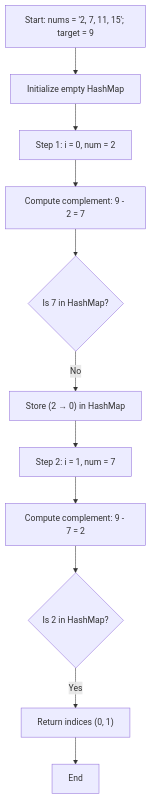
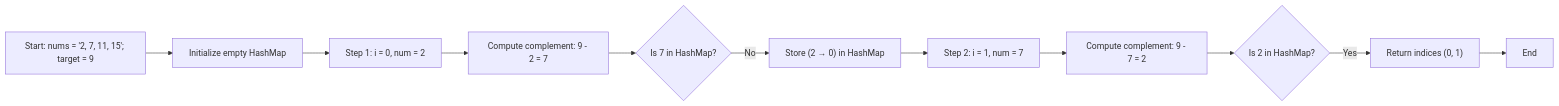
One commit to 66-24/leetcode changed the diagram in java/src/main/java/array/README.md. Above: the diagram before and after it, drawn with Mermaid.

Commit message:
Update project README with Gradle build and test instructions
Added commands for building and running tests with Gradle. Included a link to the local test summary report and a test results image for better project documentation.

````diff
--- a/java/src/main/java/array/README.md
+++ b/java/src/main/java/array/README.md
@@ -50,13 +50,13 @@
 ```mermaid
-flowchart TD
+flowchart LR
     A["Start: nums = '2, 7, 11, 15'; target = 9"] --> B["Initialize empty HashMap"]
     B --> C["Step 1: i = 0, num = 2"]
     C --> D["Compute complement: 9 - 2 = 7"]
     D --> E{"Is 7 in HashMap?"}
     E -- "No" --> F["Store (2 → 0) in HashMap"]
     F --> G["Step 2: i = 1, num = 7"]
     G --> H["Compute complement: 9 - 7 = 2"]
     H --> I{"Is 2 in HashMap?"}
     I -- "Yes" --> J["Return indices (0, 1)"]
     J --> K["End"]
 ```
````
